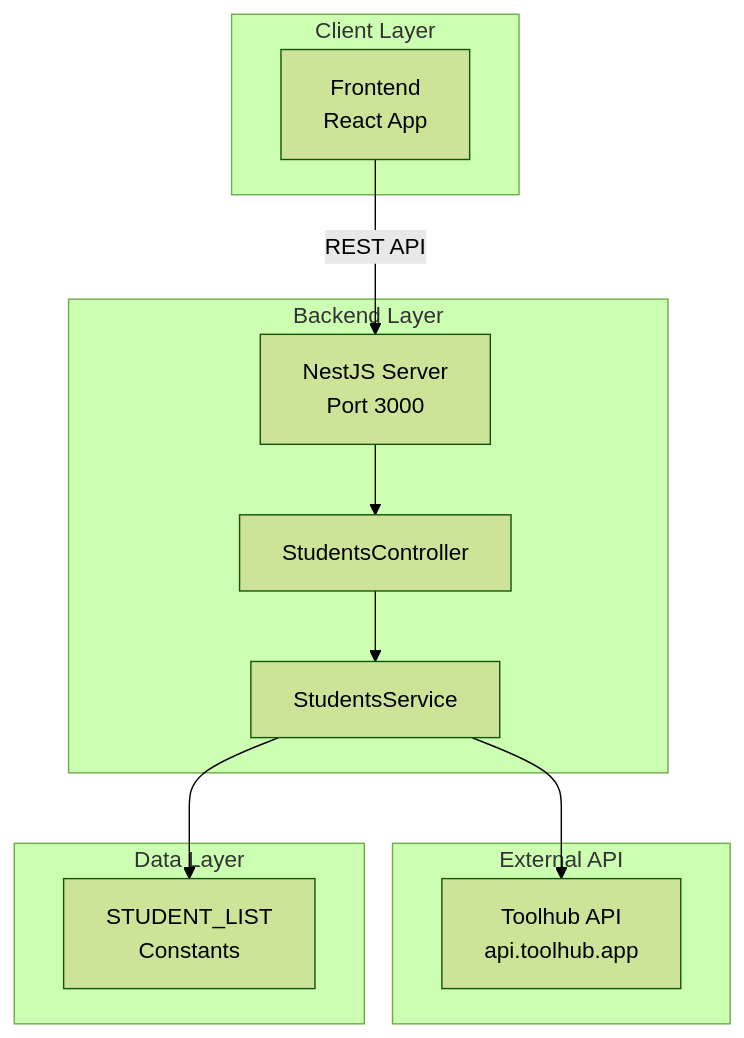
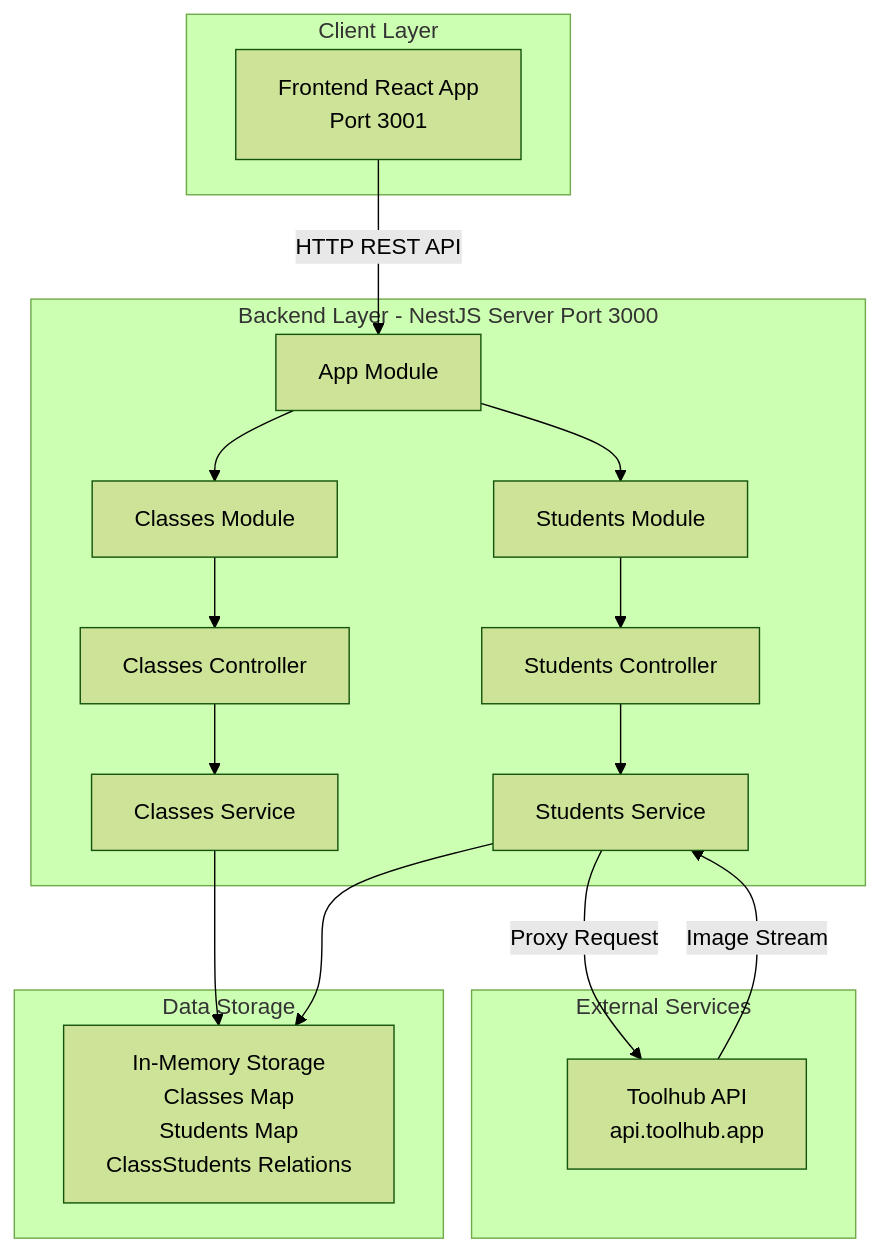
One commit to HuyenTranggg/ClassPortrait-backend changed the first of 4 diagrams in README.md. Above: the diagram before and after it, drawn with Mermaid (forest theme). The commit also changed other lines of this file and 15 other files, not shown here.

````diff
--- a/README.md
+++ b/README.md
@@ -39,26 +40,36 @@
 ```mermaid
 graph TB
     subgraph "Client Layer"
-        A[Frontend<br/>React App]
+        A[Frontend React App<br/>Port 3001]
     end
     
-    subgraph "Backend Layer"
-        B[NestJS Server<br/>Port 3000]
-        C[StudentsController]
-        D[StudentsService]
+    subgraph "Backend Layer - NestJS Server Port 3000"
+        B[App Module]
+        C[Classes Module]
+        D[Students Module]
+        E[Classes Controller]
+        F[Students Controller]
+        G[Classes Service]
+        H[Students Service]
     end
     
-    subgraph "External API"
-        E[Toolhub API<br/>api.toolhub.app]
+    subgraph "External Services"
+        I[Toolhub API<br/>api.toolhub.app]
     end
     
-    subgraph "Data Layer"
-        F[STUDENT_LIST<br/>Constants]
+    subgraph "Data Storage"
+        J[In-Memory Storage<br/>Classes Map<br/>Students Map<br/>ClassStudents Relations]
     end
     
-    A -->|REST API| B
+    A -->|HTTP REST API| B
     B --> C
-    C --> D
-    D --> E
+    B --> D
+    C --> E
     D --> F
+    E --> G
+    F --> H
+    G --> J
+    H --> J
+    H -->|Proxy Request| I
+    I -->|Image Stream| H
 ```
````
